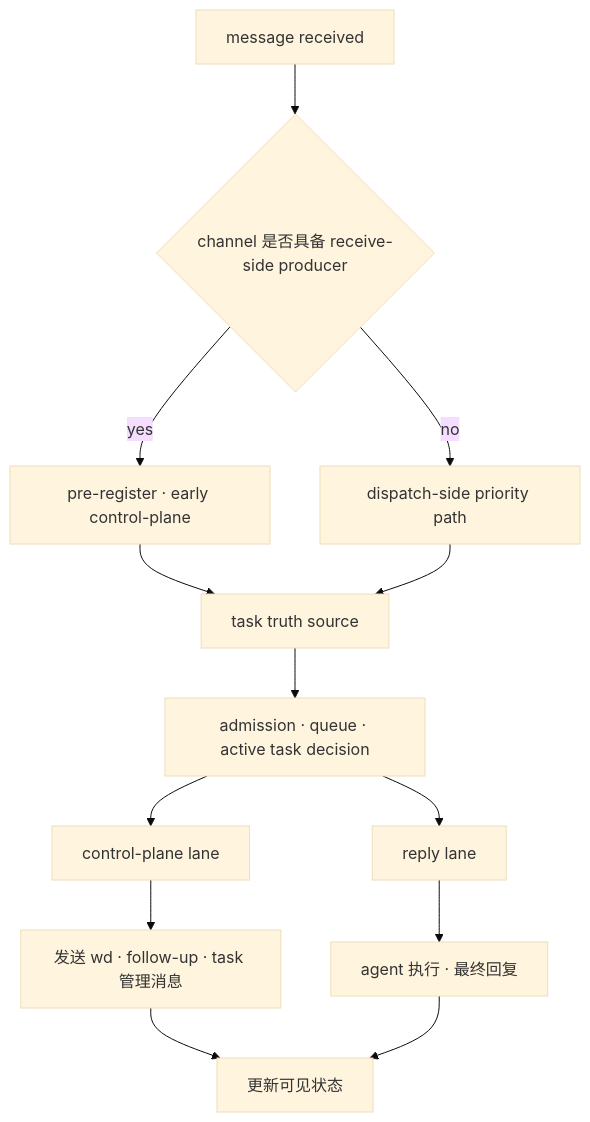
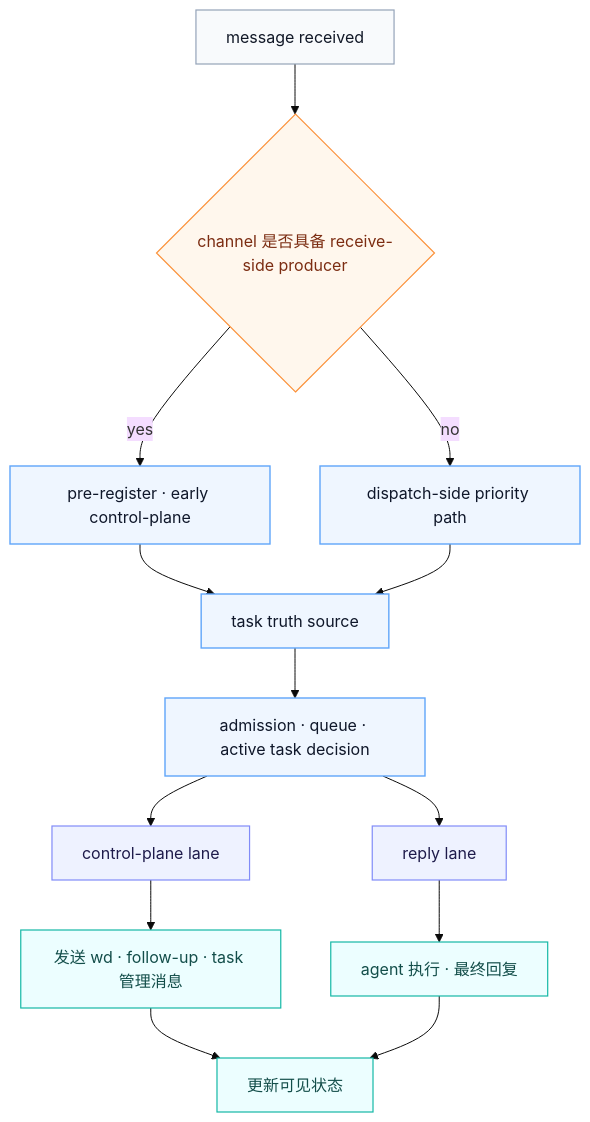
The second of 2 diagrams in docs/architecture.md (redcreen/openclaw-task-system), drawn with Mermaid (base theme) before and after one commit. The commit also changed other lines of this file, not shown here.

Commit message:
Tune architecture diagram styling

````diff
--- a/docs/architecture.md
+++ b/docs/architecture.md
@@ -145,25 +159,37 @@
 ```mermaid
 flowchart TD
+    classDef source fill:#f8fafc,stroke:#94a3b8,color:#111827,stroke-width:1.2px;
+    classDef branch fill:#fff7ed,stroke:#fb923c,color:#7c2d12,stroke-width:1.2px;
+    classDef core fill:#eff6ff,stroke:#60a5fa,color:#0f172a,stroke-width:1.4px;
+    classDef lane fill:#eef2ff,stroke:#818cf8,color:#1e1b4b,stroke-width:1.2px;
+    classDef output fill:#ecfeff,stroke:#14b8a6,color:#134e4a,stroke-width:1.2px;
+
     M["message received"]
     G{"channel 是否具备 receive-side producer"}
     PR["pre-register · early control-plane"]
     DP["dispatch-side priority path"]
     TT["task truth source"]
     AD["admission · queue · active task decision"]
     CL["control-plane lane"]
     RL["reply lane"]
     CP["发送 wd · follow-up · task 管理消息"]
     RR["agent 执行 · 最终回复"]
     ST["更新可见状态"]
 
     M --> G
     G -- yes --> PR
     G -- no --> DP
     PR --> TT
     DP --> TT
     TT --> AD
     AD --> CL
     AD --> RL
     CL --> CP --> ST
     RL --> RR --> ST
+
+    class M source
+    class G branch
+    class PR,DP,TT,AD core
+    class CL,RL lane
+    class CP,RR,ST output
 ```
````
